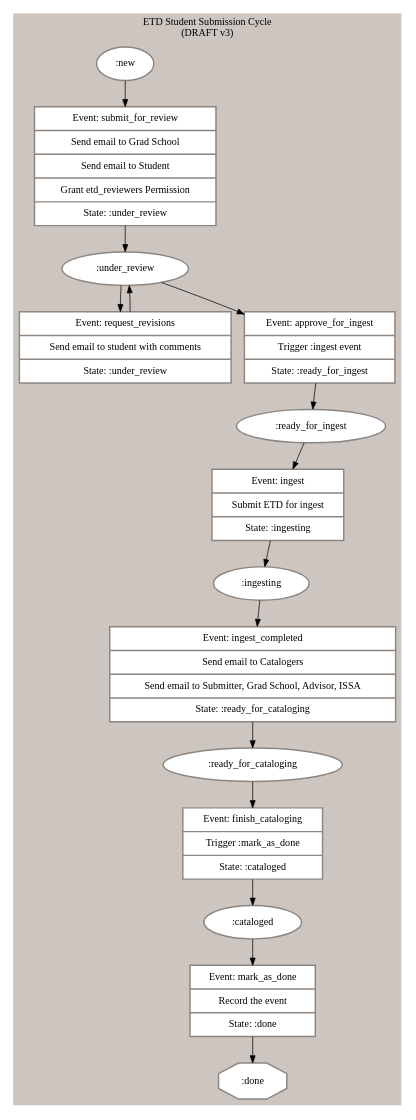
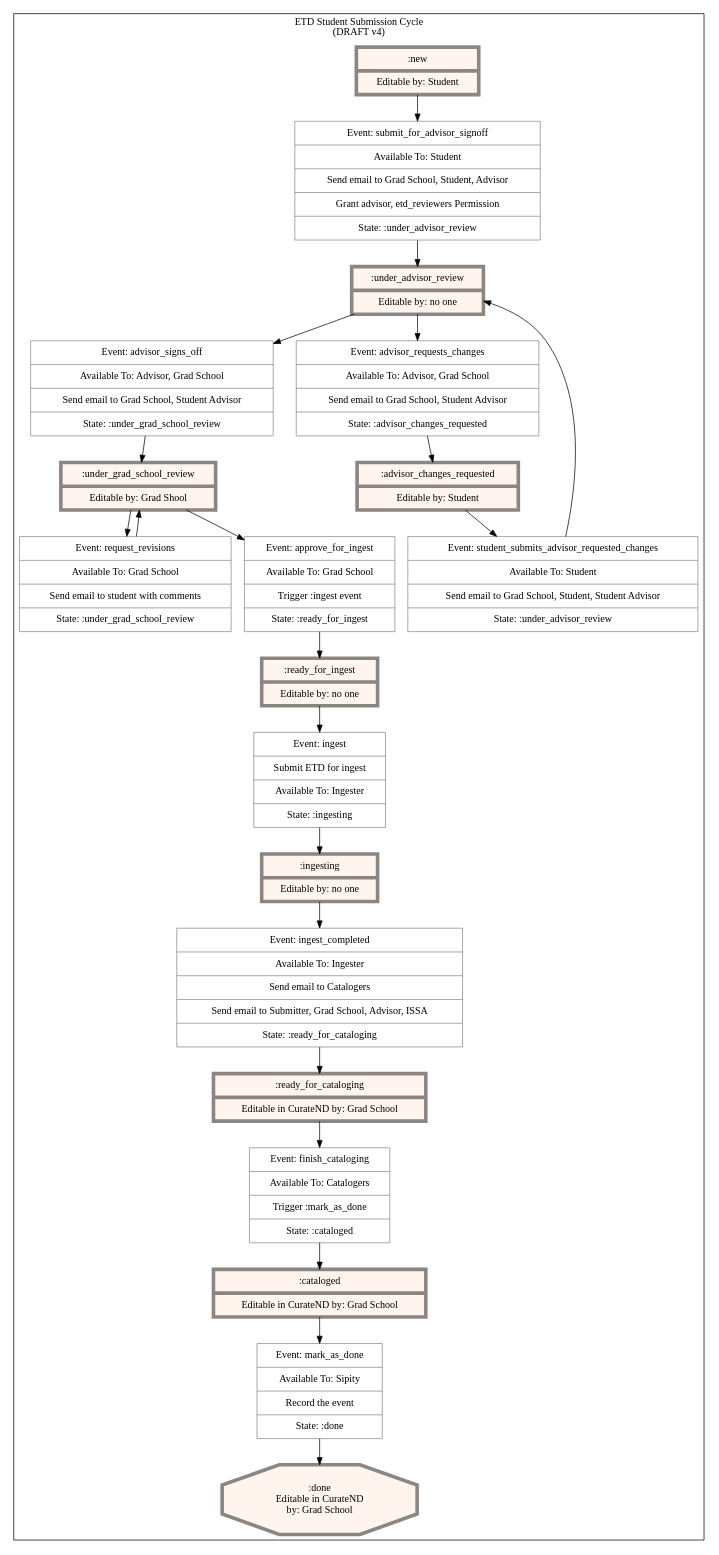
One commit to scholarworks/sipity changed the diagram in artifacts/etd-submission-state-machine.dot. Above: the diagram before and after it, drawn with Graphviz. The commit also changed 1 other file, not shown here.

Commit message:
Adjusting ETD Student Submission as per meeting
This is a prescriptive adjustment to the state machine. That is to say
it is describing the workflow as it should be. It has not been
finalized by Shari, so it should still be considered a draft.

> Jeremy will update the state diagram to include the Advisor signoff
> before the "under review" state

See https://docs.google.com/a/nd.edu/document/d/1Gvf4A71SGBy30FcBcaMnfUeefMgCMJnCzdQ1P3owN7Q/edit

[skip ci]

```diff
--- a/artifacts/etd-submission-state-machine.dot
+++ b/artifacts/etd-submission-state-machine.dot
@@ -1,36 +1,52 @@
 digraph "G" {
     compound=true;
-    node[color="grey15" shape=record penwidth=2 margin="0.15, 0.125"];
+    node[color="grey15" margin="0.15, 0.125"];
 
     subgraph cluster_0 {
-        label="ETD Student Submission Cycle\n(DRAFT v3)"
-        color="seashell3"
-        style="filled"
+        label="ETD Student Submission Cycle\n(DRAFT v4)"
         node[style=filled fillcolor=white color="seashell4"]
 
-        new [shape="oval" label=":new"]
-        under_review[shape="oval" label=":under_review"]
-        ready_for_ingest[shape="oval" label=":ready_for_ingest"]
-        ingesting[shape="oval" label=":ingesting"]
-        ready_for_cataloging[shape="oval" label=":ready_for_cataloging"]
-        cataloged[shape="oval" label=":cataloged"]
-        done[shape="octagon" label=":done"]
+        # States
+        subgraph 0 {
+            label="States";
+            node[shape="record" fillcolor="seashell1" penwidth=5]
+            new [label="{ :new | Editable by: Student }"]
+            under_advisor_review [label="{ :under_advisor_review | Editable by: no one }"]
+            advisor_changes_requested [label="{ :advisor_changes_requested | Editable by: Student }"]
+            under_grad_school_review[label="{ :under_grad_school_review | Editable by: Grad Shool }"]
+            ready_for_ingest[label="{ :ready_for_ingest | Editable by: no one }"]
+            ingesting[label="{ :ingesting | Editable by: no one }"]
+            ready_for_cataloging[label="{ :ready_for_cataloging | Editable in CurateND by: Grad School }"]
+            cataloged[label="{ :cataloged | Editable in CurateND by: Grad School }"]
+            done[shape="octagon" label=":done\nEditable in CurateND\nby: Grad School"]
+        }
 
-        submit_for_ingest[shape="record" label="{ Event: submit_for_review | Send email to Grad School | Send email to Student | Grant etd_reviewers Permission | State: :under_review }"]
-        request_revisions[shape="record" label="{ Event: request_revisions | Send email to student with comments | State: :under_review }"]
-        approve_for_ingest[shape="record" label="{ Event: approve_for_ingest | Trigger :ingest event | State: :ready_for_ingest }"]
-        ingest[shape="record" label="{ Event: ingest | Submit ETD for ingest | State: :ingesting }"]
-        ingest_completed[shape="record" label="{ Event: ingest_completed | Send email to Catalogers | Send email to Submitter, Grad School, Advisor, ISSA | State: :ready_for_cataloging }"]
-        finish_cataloging[shape="record" label="{ Event: finish_cataloging | Trigger :mark_as_done | State: :cataloged }"]
-        mark_as_done[shape="record" label="{ Event: mark_as_done | Record the event | State: :done }"]
+        subgraph 1 {
+            label="Events"
+            node[shape="record" shape=record penwidth=1]
+            submit_for_advisor_signoff[label="{ Event: submit_for_advisor_signoff | Available To: Student | Send email to Grad School, Student, Advisor | Grant advisor, etd_reviewers Permission | State: :under_advisor_review }"]
+            advisor_signs_off[label="{ Event: advisor_signs_off | Available To: Advisor, Grad School |Send email to Grad School, Student Advisor | State: :under_grad_school_review }"]
+            advisor_requests_changes[label="{ Event: advisor_requests_changes | Available To: Advisor, Grad School | Send email to Grad School, Student Advisor | State: :advisor_changes_requested }"]
+            student_submits_advisor_requested_changes[label="{ Event: student_submits_advisor_requested_changes | Available To: Student | Send email to Grad School, Student, Student Advisor | State: :under_advisor_review }"]
+            request_revisions[label="{ Event: request_revisions | Available To: Grad School | Send email to student with comments | State: :under_grad_school_review }"]
+            approve_for_ingest[label="{ Event: approve_for_ingest | Available To: Grad School | Trigger :ingest event | State: :ready_for_ingest }"]
+            ingest[label="{ Event: ingest | Submit ETD for ingest | Available To: Ingester | State: :ingesting }"]
+            ingest_completed[label="{ Event: ingest_completed | Available To: Ingester | Send email to Catalogers | Send email to Submitter, Grad School, Advisor, ISSA | State: :ready_for_cataloging }"]
+            finish_cataloging[label="{ Event: finish_cataloging | Available To: Catalogers | Trigger :mark_as_done | State: :cataloged }"]
+            mark_as_done[label="{ Event: mark_as_done | Available To: Sipity | Record the event | State: :done }"]
+        }
 
-        new -> submit_for_ingest -> under_review
-        under_review -> request_revisions -> under_review
-        under_review -> approve_for_ingest -> ready_for_ingest
+        # State -> Event -> State graph
+        new -> submit_for_advisor_signoff -> under_advisor_review
+        under_advisor_review -> advisor_signs_off -> under_grad_school_review
+        under_advisor_review -> advisor_requests_changes -> advisor_changes_requested
+        advisor_changes_requested -> student_submits_advisor_requested_changes -> under_advisor_review
+        under_grad_school_review -> request_revisions -> under_grad_school_review
+        under_grad_school_review -> approve_for_ingest -> ready_for_ingest
         ready_for_ingest -> ingest -> ingesting
         ingesting -> ingest_completed -> ready_for_cataloging
         ready_for_cataloging -> finish_cataloging -> cataloged
         cataloged -> mark_as_done -> done
     }
 
 }
```
